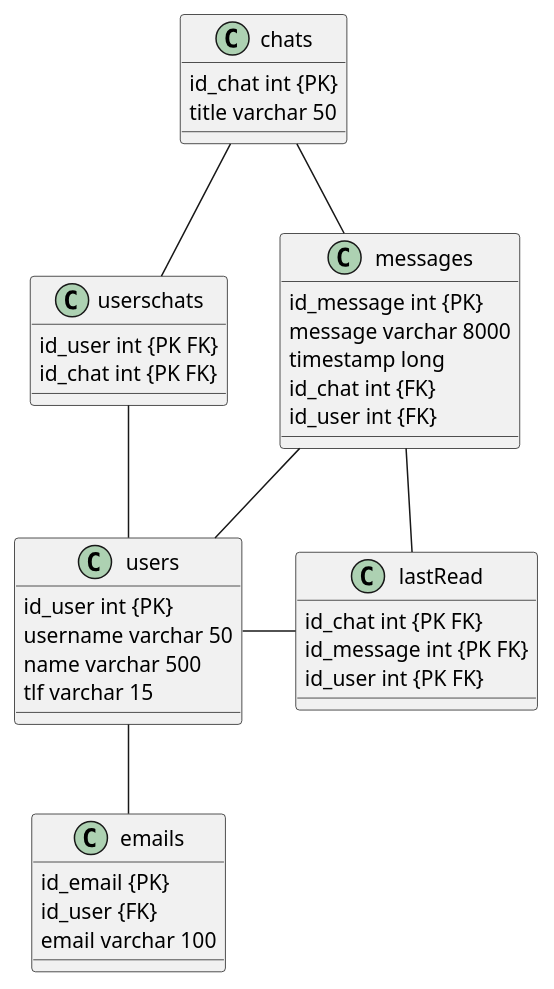
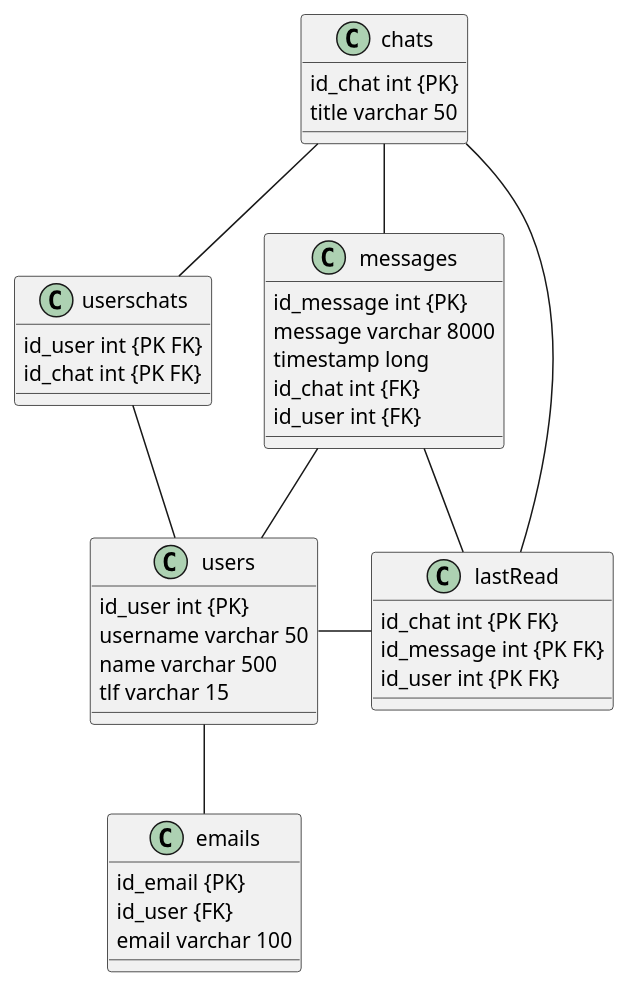
One commit to freebattie/pg209exam-freebattie changed the diagram in documents/db_ER-model.puml. Above: the diagram before and after it, drawn with PlantUML. The commit also changed 3 other files, not shown here.

```diff
--- a/documents/db_ER-model.puml
+++ b/documents/db_ER-model.puml
@@ -1,53 +1,54 @@
 @startuml
 'https://plantuml.com/class-diagram
 
 chats -- userschats
 chats -- messages
+chats --- lastRead
 
 userschats -- users
 
 messages -- users
 messages -- lastRead
 
 users - lastRead
 users -- emails
 
 class chats{
     id_chat int {PK}
     title varchar 50
 }
 
 class userschats{
     id_user int {PK FK}
     id_chat int {PK FK}
 }
 
 class messages {
     id_message int {PK}
     message varchar 8000
     timestamp long
     id_chat int {FK}
     id_user int {FK}
 
 }
 
 class lastRead{
     id_chat int {PK FK}
     id_message int {PK FK}
     id_user int {PK FK}
 }
 
 class users {
     id_user int {PK}
     username varchar 50
     name varchar 500
     tlf varchar 15
 }
 
 class emails {
     id_email {PK}
     id_user {FK}
     email varchar 100
 }
 
 @enduml
```
